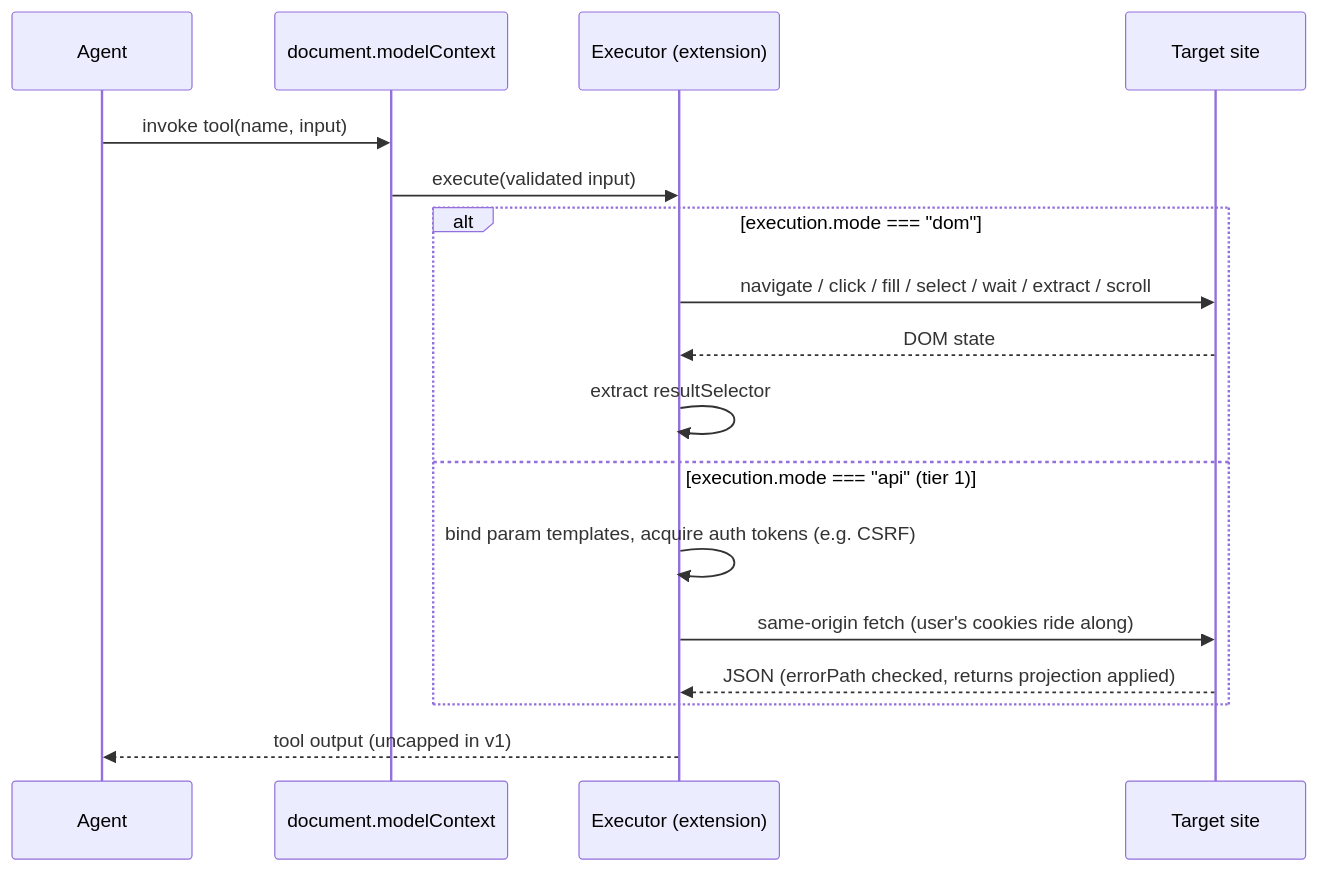
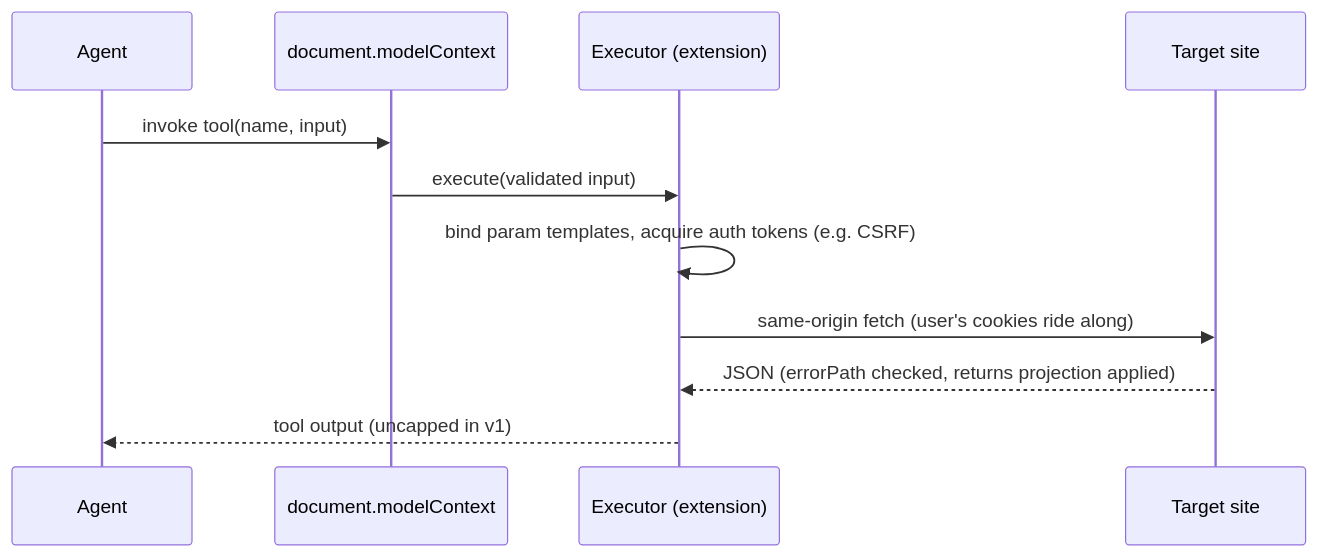
Before and after one commit to robertn702/webmcp-today: the fourth of 5 diagrams in ARCHITECTURE.md, drawn with Mermaid. The commit also changed other lines of this file and 38 other files, not shown here.

First line of the commit message:
feat: remove DOM execution mode, api is the only execution mode

````diff
--- a/ARCHITECTURE.md
+++ b/ARCHITECTURE.md
@@ -138,20 +138,14 @@
 ```mermaid
 sequenceDiagram
     participant A as Agent
     participant MC as document.modelContext
     participant EX as Executor (extension)
     participant S as Target site
 
     A->>MC: invoke tool(name, input)
     MC->>EX: execute(validated input)
-    alt execution.mode === "dom"
-        EX->>S: navigate / click / fill / select / wait / extract / scroll
-        S-->>EX: DOM state
-        EX->>EX: extract resultSelector
-    else execution.mode === "api" (tier 1)
-        EX->>EX: bind param templates, acquire auth tokens (e.g. CSRF)
-        EX->>S: same-origin fetch (user's cookies ride along)
-        S-->>EX: JSON (errorPath checked, returns projection applied)
-    end
+    EX->>EX: bind param templates, acquire auth tokens (e.g. CSRF)
+    EX->>S: same-origin fetch (user's cookies ride along)
+    S-->>EX: JSON (errorPath checked, returns projection applied)
     EX-->>A: tool output (uncapped in v1)
 ```
````
